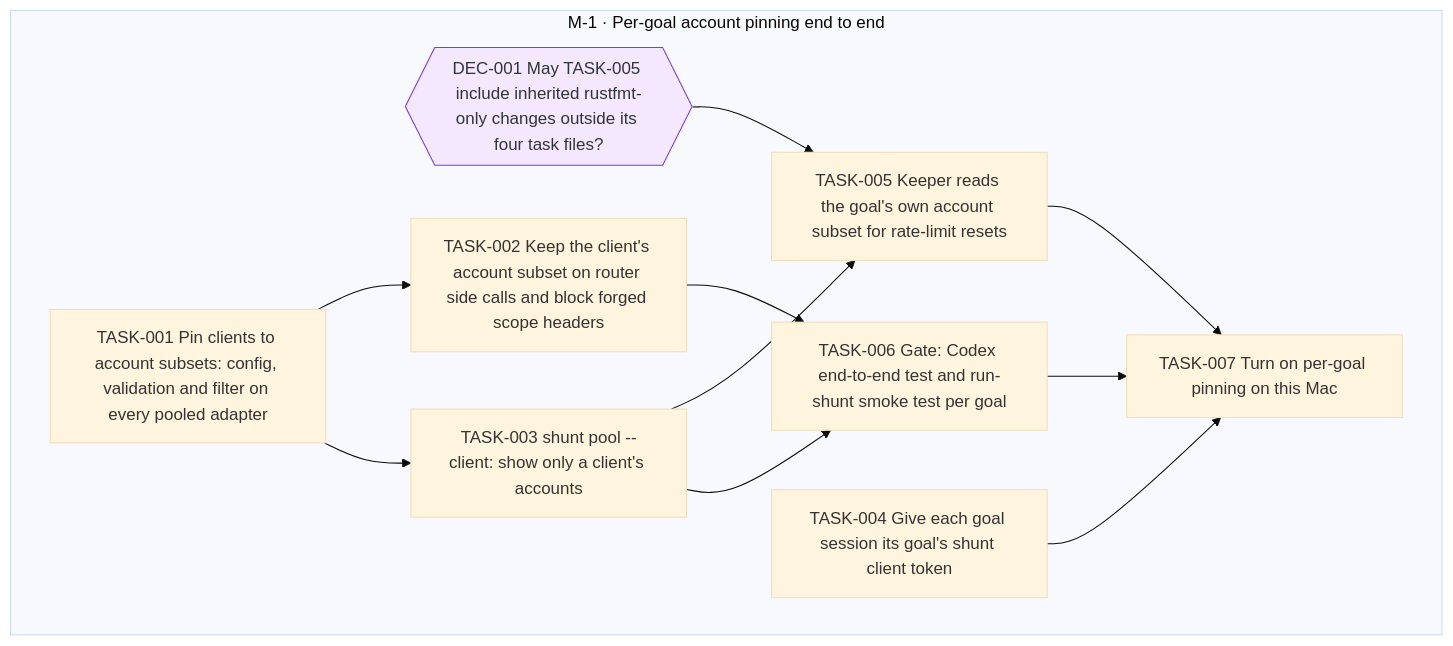
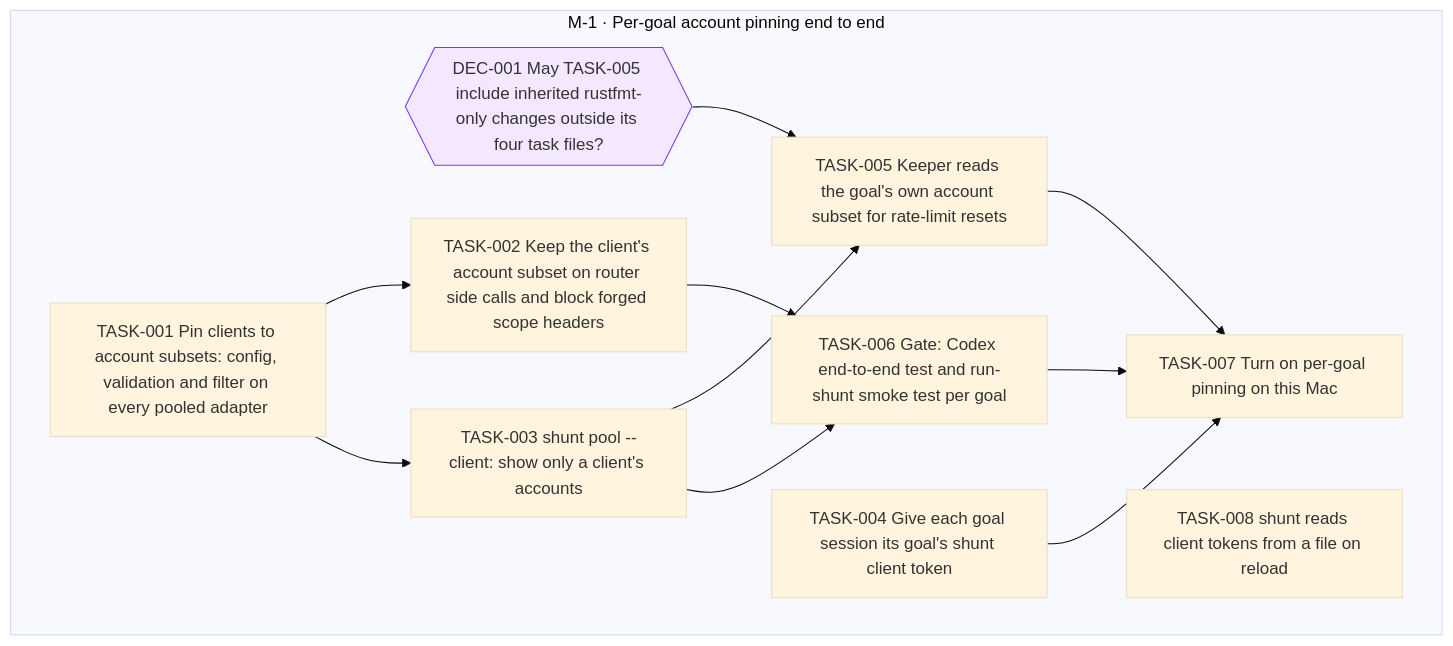
One commit to jesusvillota/shunt changed the diagram in goals/account-pinning/README.md. Above: the diagram before and after it, drawn with Mermaid (base theme). The commit also changed 1 other file, not shown here.

Commit message:
goal(account-pinning): add TASK-008 shunt reads client tokens from a file on reload

````diff
--- a/goals/account-pinning/README.md
+++ b/goals/account-pinning/README.md
@@ -37,26 +37,27 @@
 ```mermaid
 flowchart TD
   subgraph M_1["M-1 · Per-goal account pinning end to end"]
     DEC_001{{"DEC-001 May TASK-005 include inherited rustfmt-only changes outside its four task files?"}}
     TASK_001["TASK-001 Pin clients to account subsets: config, validation and filter on every pooled adapter"]
     TASK_002["TASK-002 Keep the client's account subset on router side calls and block forged scope headers"]
     TASK_003["TASK-003 shunt pool --client: show only a client's accounts"]
     TASK_004["TASK-004 Give each goal session its goal's shunt client token"]
     TASK_005["TASK-005 Keeper reads the goal's own account subset for rate-limit resets"]
     TASK_006["TASK-006 Gate: Codex end-to-end test and run-shunt smoke test per goal"]
     TASK_007["TASK-007 Turn on per-goal pinning on this Mac"]
+    TASK_008["TASK-008 shunt reads client tokens from a file on reload"]
   end
   TASK_001 --> TASK_002
   TASK_001 --> TASK_003
   TASK_003 --> TASK_005
   DEC_001 --> TASK_005
   TASK_002 --> TASK_006
   TASK_003 --> TASK_006
   TASK_004 --> TASK_007
   TASK_005 --> TASK_007
   TASK_006 --> TASK_007
   classDef draft stroke-dasharray: 4 3
   classDef cancelled opacity:0.45
   classDef decision fill:#f3e8ff,stroke:#7c3aed
   class DEC_001 decision
 ```
````
